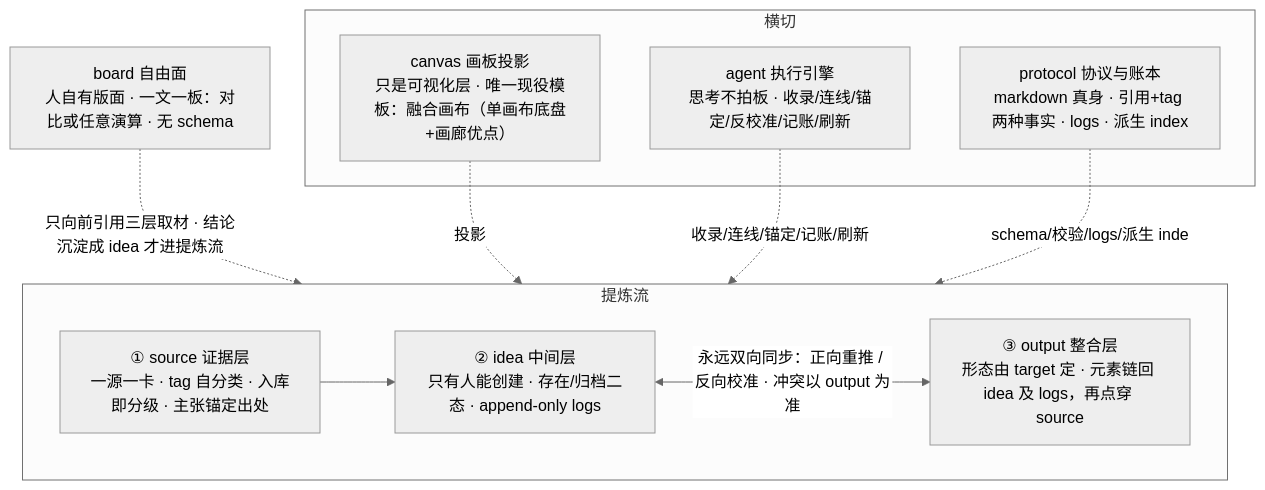
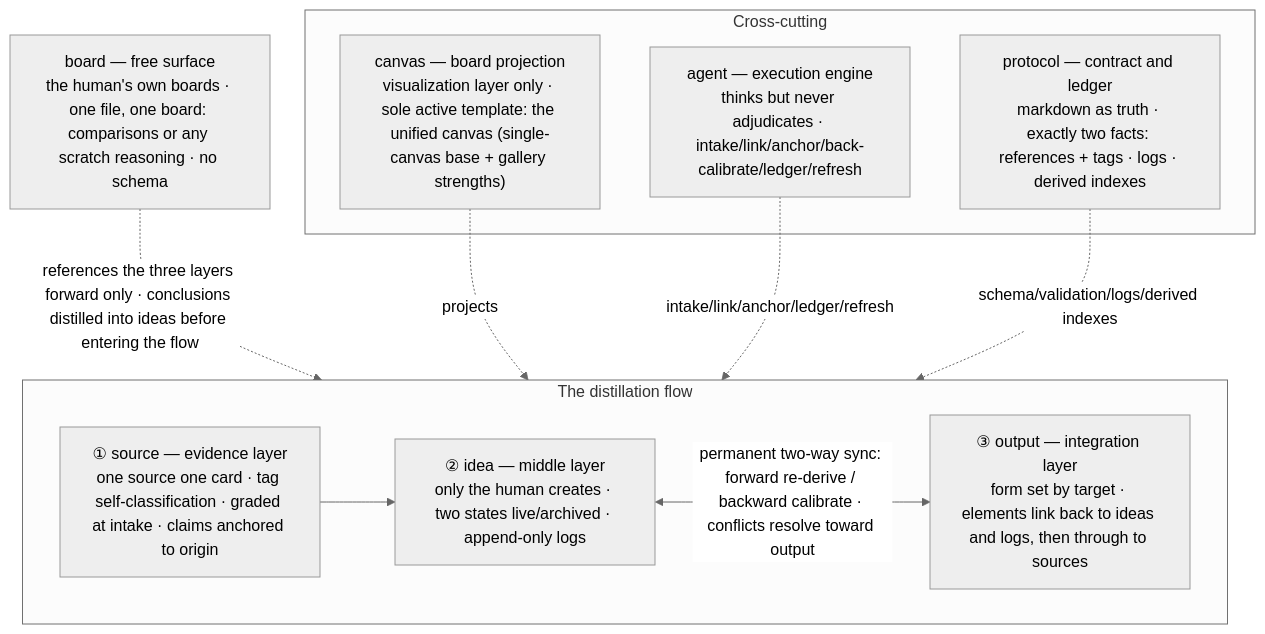
Before and after one commit to tigerless-labs/research-decision-support: the second of 2 diagrams in docs/research-decision-support/output/system.md, drawn with Mermaid (neutral theme). The commit also changed other lines of this file and 80 other files, not shown here.

````diff
--- a/docs/research-decision-support/output/system.md
+++ b/docs/research-decision-support/output/system.md
@@ -48,27 +48,27 @@
 ```mermaid
 flowchart TB
-    subgraph FLOW["提炼流"]
-        SRC["① source 证据层<br/>一源一卡 · tag 自分类 · 入库即分级 · 主张锚定出处"]
-        IDEA["② idea 中间层<br/>只有人能创建 · 存在/归档二态 · append-only logs"]
-        OUT["③ output 整合层<br/>形态由 target 定 · 元素链回 idea 及 logs，再点穿 source"]
+    subgraph FLOW["The distillation flow"]
+        SRC["① source — evidence layer<br/>one source one card · tag self-classification · graded at intake · claims anchored to origin"]
+        IDEA["② idea — middle layer<br/>only the human creates · two states live/archived · append-only logs"]
+        OUT["③ output — integration layer<br/>form set by target · elements link back to ideas and logs, then through to sources"]
         SRC --> IDEA
-        IDEA <-->|"永远双向同步：正向重推 / 反向校准 · 冲突以 output 为准"| OUT
+        IDEA <-->|"permanent two-way sync: forward re-derive / backward calibrate · conflicts resolve toward output"| OUT
     end
-    BOARD["board 自由面<br/>人自有版面 · 一文一板：对比或任意演算 · 无 schema"]
-    BOARD -.只向前引用三层取材 · 结论沉淀成 idea 才进提炼流.-> FLOW
-    subgraph XCUT["横切"]
-        CANVAS["canvas 画板投影<br/>只是可视化层 · 唯一现役模板：融合画布（单画布底盘+画廊优点）"]
-        AGENT["agent 执行引擎<br/>思考不拍板 · 收录/连线/锚定/反校准/记账/刷新"]
-        PROTO["protocol 协议与账本<br/>markdown 真身 · 引用+tag 两种事实 · logs · 派生 index"]
+    BOARD["board — free surface<br/>the human's own boards · one file, one board: comparisons or any scratch reasoning · no schema"]
+    BOARD -.references the three layers forward only · conclusions distilled into ideas before entering the flow.-> FLOW
+    subgraph XCUT["Cross-cutting"]
+        CANVAS["canvas — board projection<br/>visualization layer only · sole active template: the unified canvas (single-canvas base + gallery strengths)"]
+        AGENT["agent — execution engine<br/>thinks but never adjudicates · intake/link/anchor/back-calibrate/ledger/refresh"]
+        PROTO["protocol — contract and ledger<br/>markdown as truth · exactly two facts: references + tags · logs · derived indexes"]
     end
-    CANVAS -.投影.-> FLOW
-    AGENT -.收录/连线/锚定/记账/刷新.-> FLOW
-    PROTO -.schema/校验/logs/派生 index.-> FLOW
+    CANVAS -.projects.-> FLOW
+    AGENT -.intake/link/anchor/ledger/refresh.-> FLOW
+    PROTO -.schema/validation/logs/derived indexes.-> FLOW
     click SRC "modules/source.md"
     click IDEA "modules/idea.md"
     click OUT "modules/output.md"
     click BOARD "modules/board.md"
     click CANVAS "modules/canvas.md"
     click AGENT "modules/agent.md"
     click PROTO "modules/protocol.md"
 ```
````
